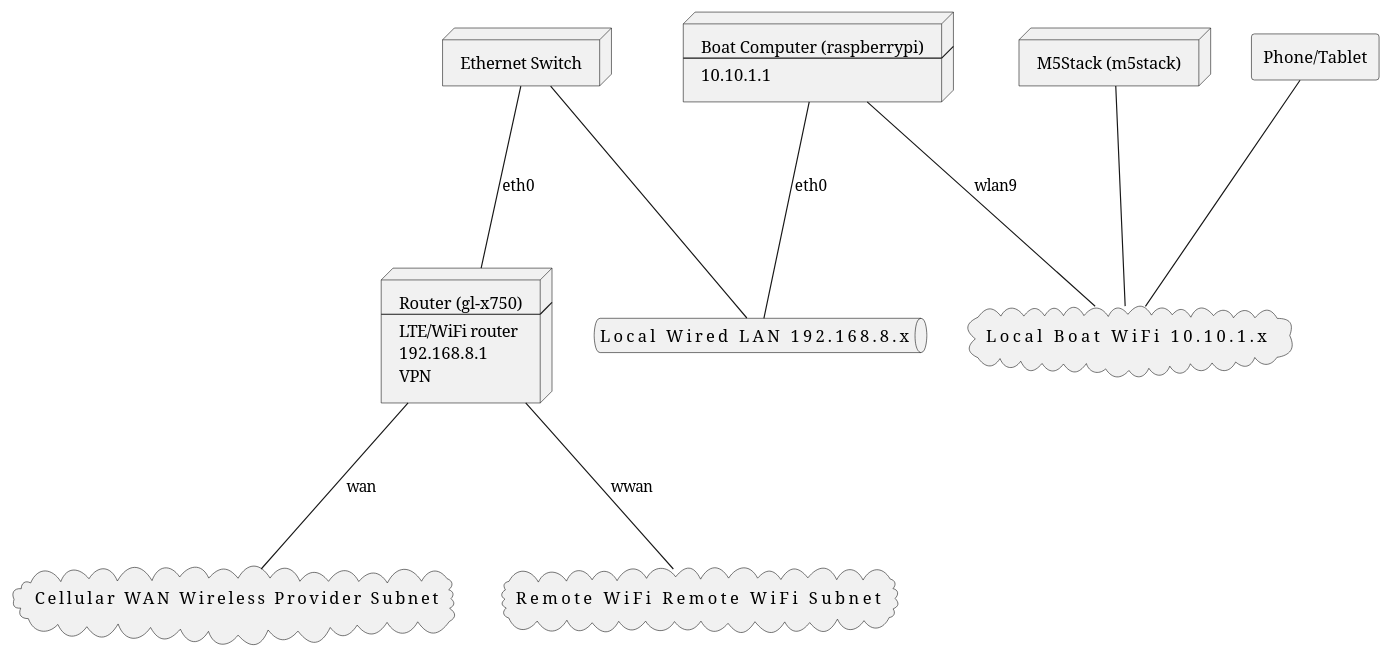
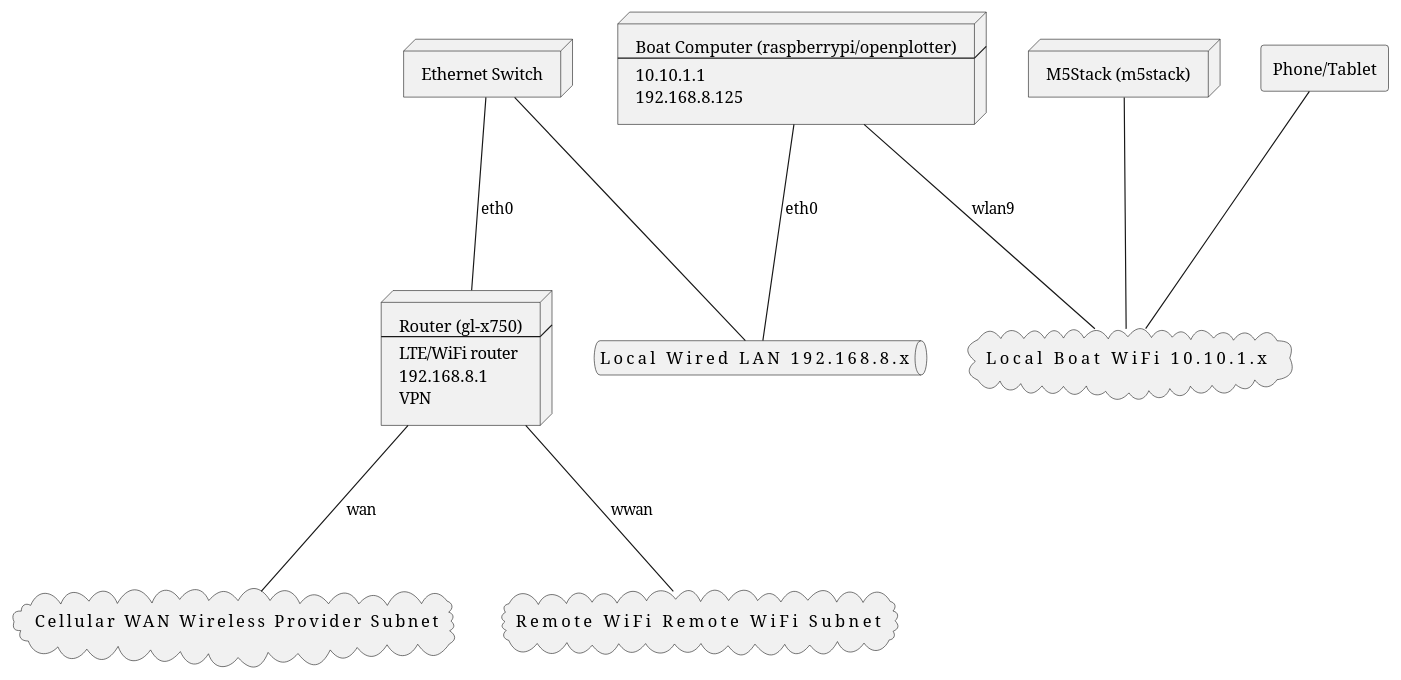
The diagram in docs/plantuml/network-arch.puml (bareboat-necessities/my-bareboat), drawn with PlantUML before and after one commit. The commit also changed 4 other files, not shown here.

```diff
--- a/docs/plantuml/network-arch.puml
+++ b/docs/plantuml/network-arch.puml
@@ -1,44 +1,45 @@
 @startuml
 node Router [
  Router (gl-x750)
  ---
  LTE/WiFi router
  192.168.8.1
  VPN
 ]
 node EthernetHub [
  Ethernet Switch
 ]
 node BoatComputer  [
- Boat Computer (raspberrypi)
+ Boat Computer (raspberrypi/openplotter)
  ---
  10.10.1.1
+ 192.168.8.125
 ]
 node M5Stack  [
  M5Stack (m5stack)
 ]
 cloud CellularWAN [
  Cellular WAN                         Wireless Provider Subnet
 ]
 cloud RemoteWiFi [
  Remote WiFi                          Remote WiFi Subnet
 ]
 cloud LocalBoatWiFi [
  Local Boat WiFi                      10.10.1.x
 ]
 queue LocalWiredLAN [
  Local Wired LAN                      192.168.8.x
 ]
 agent MobileDevice [
  Phone/Tablet
 ]
 
 BoatComputer --- LocalBoatWiFi : wlan9
 BoatComputer --- LocalWiredLAN : eth0
 Router --- CellularWAN : wan
 Router --- RemoteWiFi : wwan
 EthernetHub --- Router : eth0
 EthernetHub --- LocalWiredLAN
 M5Stack --- LocalBoatWiFi
 MobileDevice --- LocalBoatWiFi
 @enduml
```
